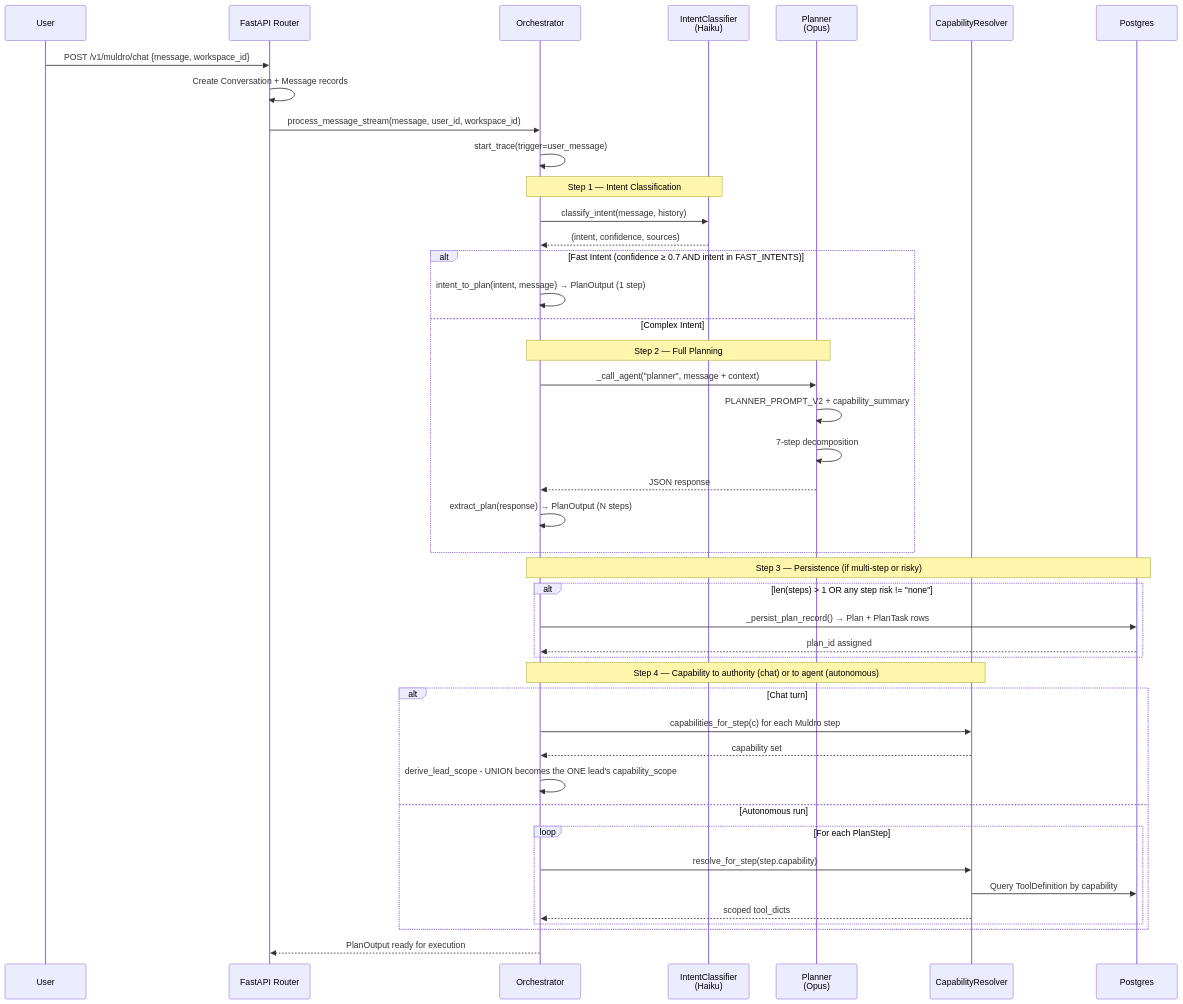
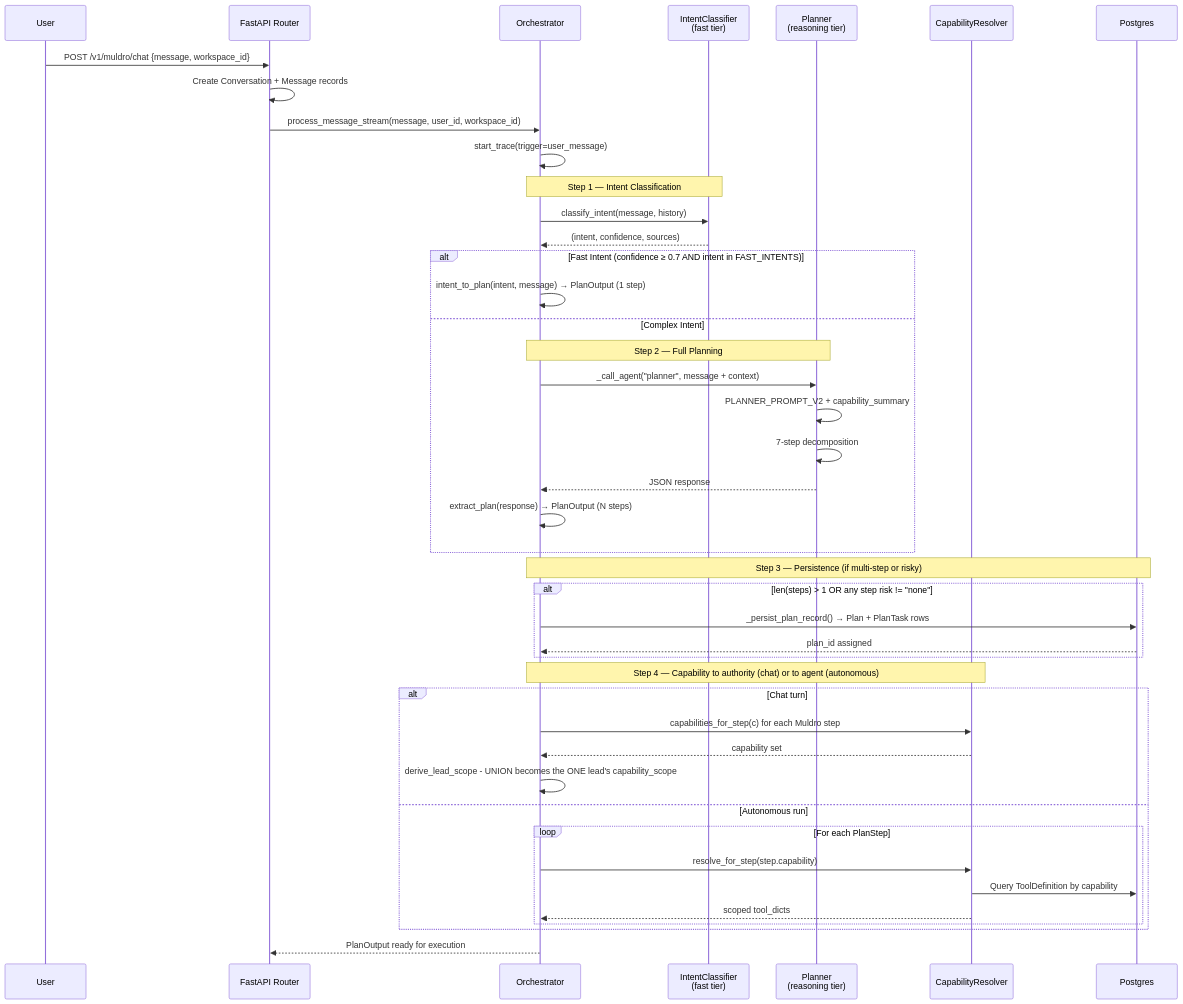
Before and after one commit to shivadharmi/muldro: the third of 17 diagrams in docs/architecture/plan-execution-deep-dive.md, drawn with Mermaid. The commit also changed other lines of this file and 11 other files, not shown here.

````diff
--- a/docs/architecture/plan-execution-deep-dive.md
+++ b/docs/architecture/plan-execution-deep-dive.md
@@ -147,51 +147,51 @@
 ```mermaid
 sequenceDiagram
     participant User
     participant API as FastAPI Router
     participant Orch as Orchestrator
-    participant IC as IntentClassifier<br/>(Haiku)
-    participant PL as Planner<br/>(Opus)
+    participant IC as IntentClassifier<br/>(fast tier)
+    participant PL as Planner<br/>(reasoning tier)
     participant CR as CapabilityResolver
     participant DB as Postgres
 
     User->>API: POST /v1/muldro/chat {message, workspace_id}
     API->>API: Create Conversation + Message records
     API->>Orch: process_message_stream(message, user_id, workspace_id)
     Orch->>Orch: start_trace(trigger=user_message)
 
     Note over Orch,IC: Step 1 — Intent Classification
     Orch->>IC: classify_intent(message, history)
     IC-->>Orch: (intent, confidence, sources)
 
     alt Fast Intent (confidence ≥ 0.7 AND intent in FAST_INTENTS)
         Orch->>Orch: intent_to_plan(intent, message) → PlanOutput (1 step)
     else Complex Intent
         Note over Orch,PL: Step 2 — Full Planning
         Orch->>PL: _call_agent("planner", message + context)
         PL->>PL: PLANNER_PROMPT_V2 + capability_summary
         PL->>PL: 7-step decomposition
         PL-->>Orch: JSON response
         Orch->>Orch: extract_plan(response) → PlanOutput (N steps)
     end
 
     Note over Orch,DB: Step 3 — Persistence (if multi-step or risky)
     alt len(steps) > 1 OR any step risk != "none"
         Orch->>DB: _persist_plan_record() → Plan + PlanTask rows
         DB-->>Orch: plan_id assigned
     end
 
     Note over Orch,CR: Step 4 — Capability to authority (chat) or to agent (autonomous)
     alt Chat turn
         Orch->>CR: capabilities_for_step(c) for each Muldro step
         CR-->>Orch: capability set
         Orch->>Orch: derive_lead_scope - UNION becomes the ONE lead's capability_scope
     else Autonomous run
         loop For each PlanStep
             Orch->>CR: resolve_for_step(step.capability)
             CR->>DB: Query ToolDefinition by capability
             CR-->>Orch: scoped tool_dicts
         end
     end
 
     Orch-->>API: PlanOutput ready for execution
 ```
````
